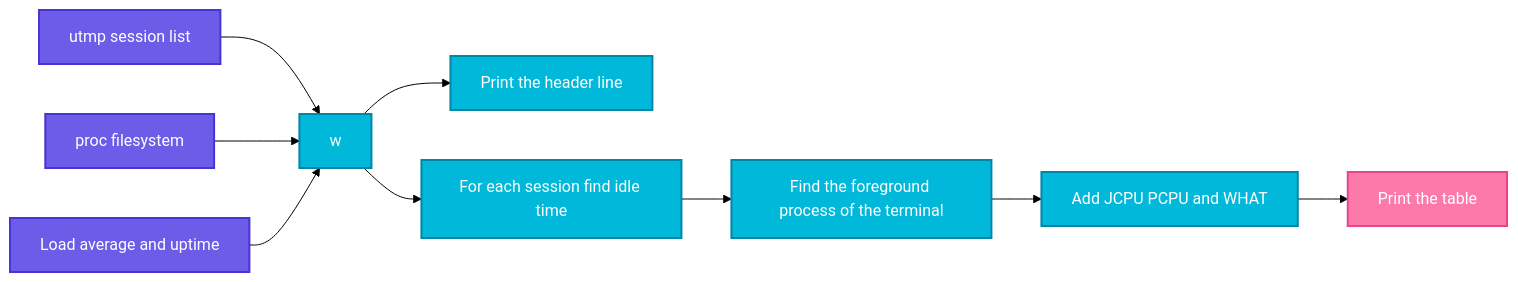
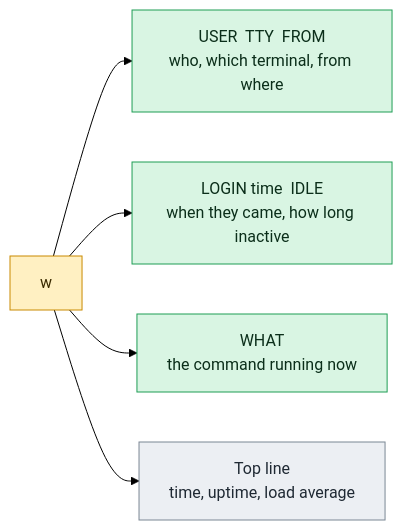
One commit to codeKerdosTech/DevOps-Documentation changed the diagram in linux/user-management/w.md. Above: the diagram before and after it, drawn with Mermaid (forest theme). The commit also changed other lines of this file and 165 other files, not shown here.

Commit message:
updated diagrams in linux

````diff
--- a/linux/user-management/w.md
+++ b/linux/user-management/w.md
@@ -38,22 +38,15 @@
 ```mermaid
 flowchart LR
-    A[utmp session list] --> B[w]
-    C[proc filesystem] --> B
-    D[Load average and uptime] --> B
-    B --> E[Print the header line]
-    B --> F[For each session find idle time]
-    F --> G[Find the foreground process of the terminal]
-    G --> H[Add JCPU PCPU and WHAT]
-    H --> I[Print the table]
-    classDef start fill:#6C5CE7,stroke:#4834D4,stroke-width:2px,color:#fff
-    classDef proc fill:#00B8D9,stroke:#0087A8,stroke-width:2px,color:#fff
-    classDef dec fill:#FFC312,stroke:#E1A100,stroke-width:2px,color:#222
-    classDef ok fill:#2ECC71,stroke:#1E8449,stroke-width:2px,color:#fff
-    classDef err fill:#FF4757,stroke:#C0392B,stroke-width:2px,color:#fff
-    classDef out fill:#FD79A8,stroke:#E84393,stroke-width:2px,color:#fff
-    classDef alt fill:#FF9F43,stroke:#E67E22,stroke-width:2px,color:#fff
-    class A,C,D start
-    class B proc
-    class E,F,G,H proc
-    class I out
+    c1[w] --> o1[USER  TTY  FROM<br/>who, which terminal, from where]
+    c1 --> o2[LOGIN time  IDLE<br/>when they came, how long inactive]
+    c1 --> o3[WHAT<br/>the command running now]
+    c1 --> n1[Top line<br/>time, uptime, load average]
+    classDef inp fill:#DCEBFF,stroke:#2F6FDE,color:#10213F
+    classDef cmd fill:#FFF0C2,stroke:#C98A00,color:#3A2A00
+    classDef out fill:#D9F5E3,stroke:#1F9D55,color:#0B2E1A
+    classDef bad fill:#FDE0E0,stroke:#D13B3B,color:#4A0F0F
+    classDef note fill:#ECEFF3,stroke:#7B8794,color:#1F2933
+    class c1 cmd
+    class o1,o2,o3 out
+    class n1 note
 ```
````
